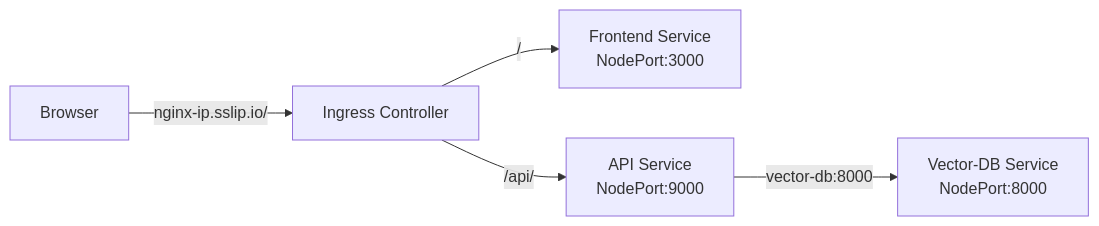
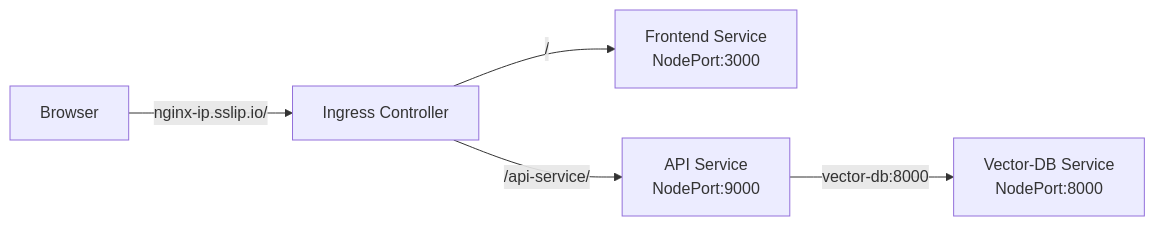
Before and after one commit to dlops-io/cheese-app-v3: the diagram in README.md, drawn with Mermaid. The commit also changed other lines of this file, not shown here.

````diff
--- a/README.md
+++ b/README.md
@@ -426,12 +435,12 @@
 ```mermaid
 graph LR
     B[Browser] -->|nginx-ip.sslip.io/| I[Ingress Controller]
     I -->|/| F[Frontend Service<br/>NodePort:3000]
-    I -->|/api/| A[API Service<br/>NodePort:9000]
+    I -->|/api-service/| A[API Service<br/>NodePort:9000]
     A -->|vector-db:8000| V[Vector-DB Service<br/>NodePort:8000]
 
     style I fill:#lightblue
     style F fill:#lightgreen
     style A fill:#lightgreen
     style V fill:#lightgreen
 ```
````
